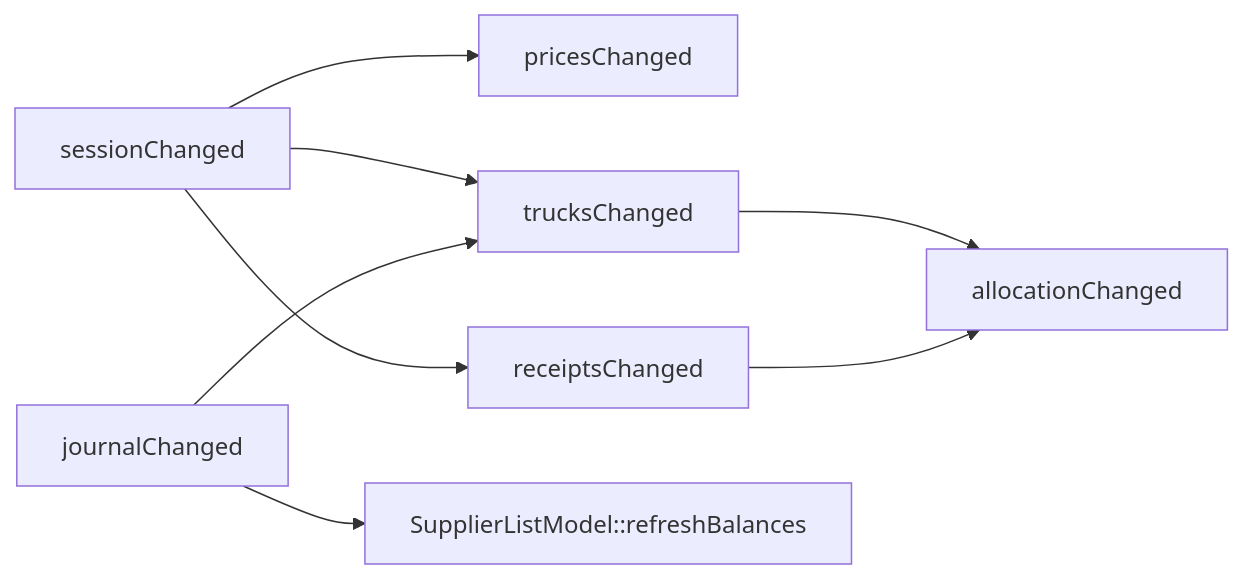
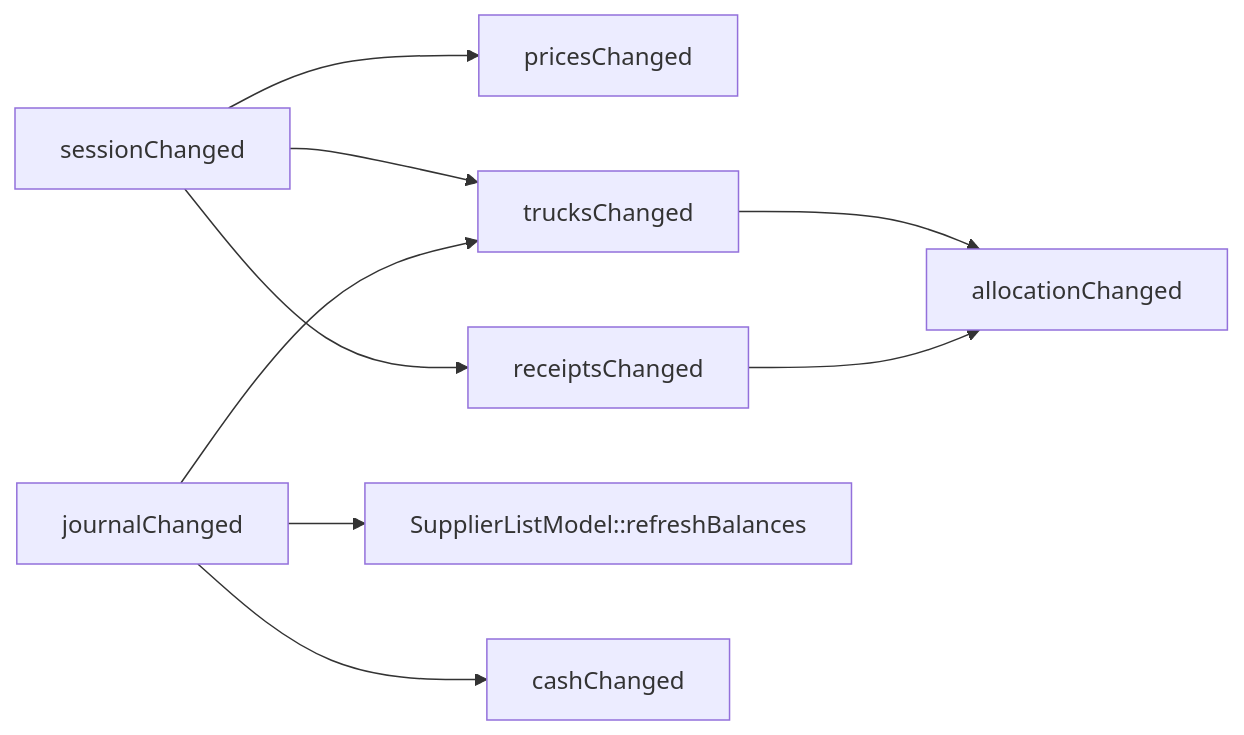
One commit to IsNazarii/Berry-WMS-Terminal changed the diagram in docs/ui.md. Above: the diagram before and after it, drawn with Mermaid. The commit also changed other lines of this file and 6 other files, not shown here.

````diff
--- a/docs/ui.md
+++ b/docs/ui.md
@@ -193,10 +207,11 @@
 ```mermaid
 flowchart LR
     S[sessionChanged] --> P[pricesChanged]
     S --> T[trucksChanged]
     S --> R[receiptsChanged]
     J[journalChanged] --> T
     J --> M["SupplierListModel::refreshBalances"]
+    J --> C[cashChanged]
     T --> A[allocationChanged]
     R --> A
 ```
````
